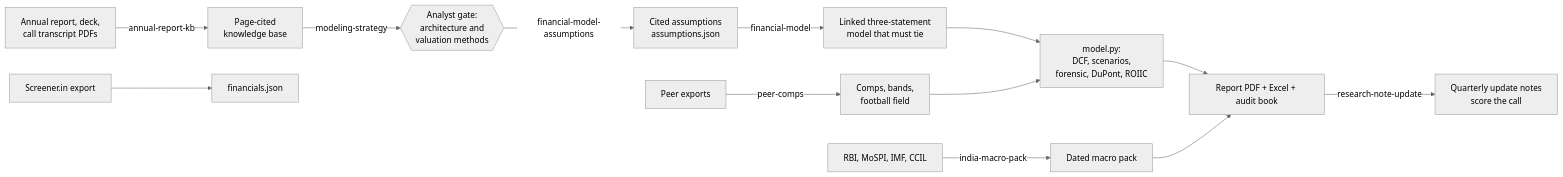
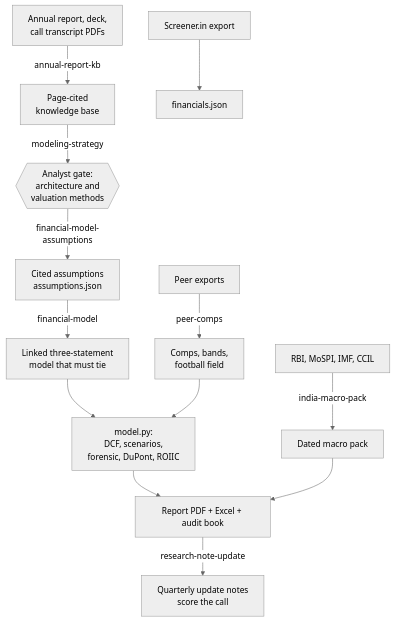
Before and after one commit to Spectrablaze/erip: the diagram in README.md, drawn with Mermaid (neutral theme).

Commit message:
README: lay the pipeline diagram out top to bottom for narrow screens

````diff
--- a/README.md
+++ b/README.md
@@ -48,15 +48,15 @@
 ```mermaid
-flowchart LR
+flowchart TD
     A[Annual report, deck,<br/>call transcript PDFs] -->|annual-report-kb| B[Page-cited<br/>knowledge base]
     S[Screener.in export] --> F[financials.json]
     B -->|modeling-strategy| G{{Analyst gate:<br/>architecture and<br/>valuation methods}}
     G -->|financial-model-assumptions| H[Cited assumptions<br/>assumptions.json]
     P[Peer exports] -->|peer-comps| C[Comps, bands,<br/>football field]
     H -->|financial-model| T[Linked three-statement<br/>model that must tie]
     T --> V[model.py:<br/>DCF, scenarios,<br/>forensic, DuPont, ROIIC]
     C --> V
     M[RBI, MoSPI, IMF, CCIL] -->|india-macro-pack| X[Dated macro pack]
     V --> R[Report PDF + Excel + audit book]
     X --> R
     R -->|research-note-update| U[Quarterly update notes<br/>score the call]
 ```
````
